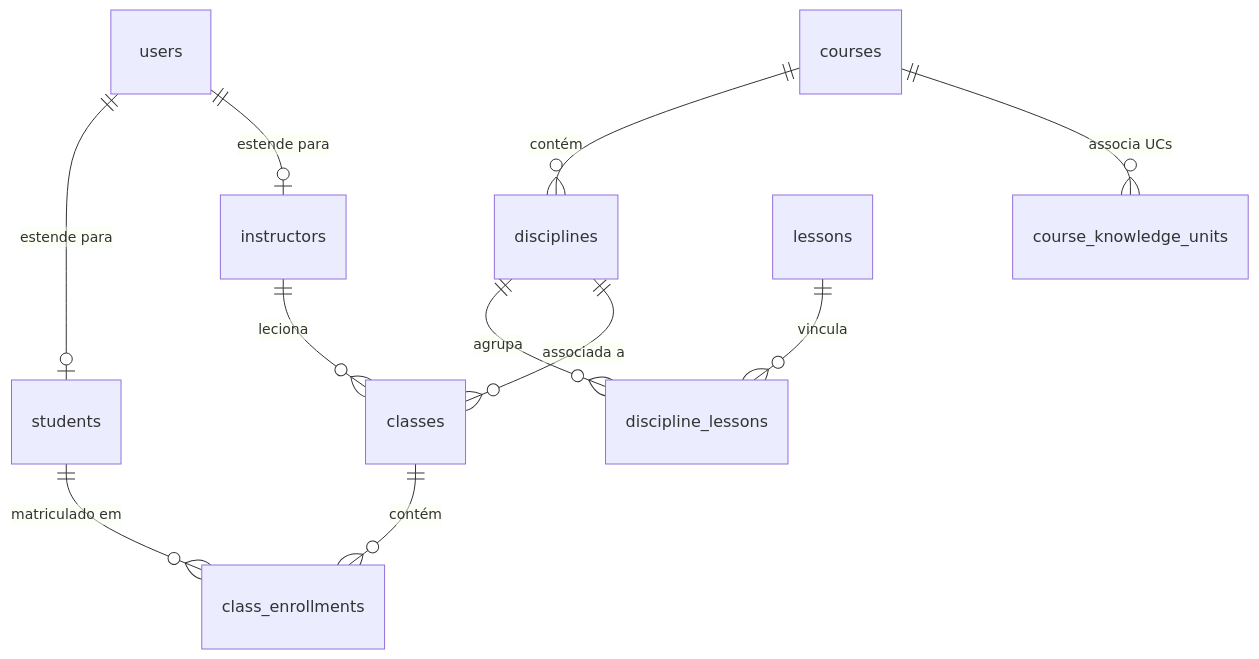
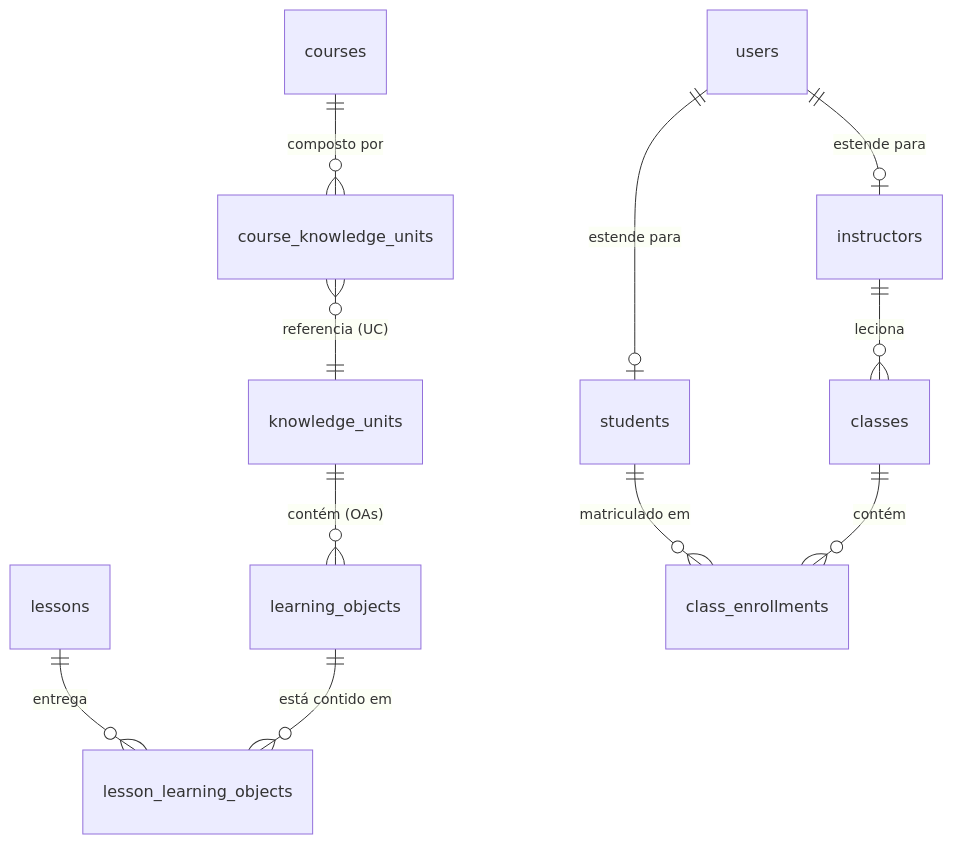
The diagram in specs/especificacao_sistema.md (Sarge2024/Sagacitas-E-Learning), drawn with Mermaid before and after one commit. The commit also changed other lines of this file and 58 other files, not shown here.

````diff
--- a/specs/especificacao_sistema.md
+++ b/specs/especificacao_sistema.md
@@ -45,13 +45,13 @@
 ```mermaid
 erDiagram
     users ||--o| students : "estende para"
     users ||--o| instructors : "estende para"
-    courses ||--o{ disciplines : "contém"
-    courses ||--o{ course_knowledge_units : "associa UCs"
-    disciplines ||--o{ discipline_lessons : "agrupa"
-    lessons ||--o{ discipline_lessons : "vincula"
+    courses ||--o{ course_knowledge_units : "composto por"
+    course_knowledge_units }o--|| knowledge_units : "referencia (UC)"
+    knowledge_units ||--o{ learning_objects : "contém (OAs)"
+    lessons ||--o{ lesson_learning_objects : "entrega"
+    learning_objects ||--o{ lesson_learning_objects : "está contido em"
     instructors ||--o{ classes : "leciona"
-    disciplines ||--o{ classes : "associada a"
     students ||--o{ class_enrollments : "matriculado em"
     classes ||--o{ class_enrollments : "contém"
 ```
````
